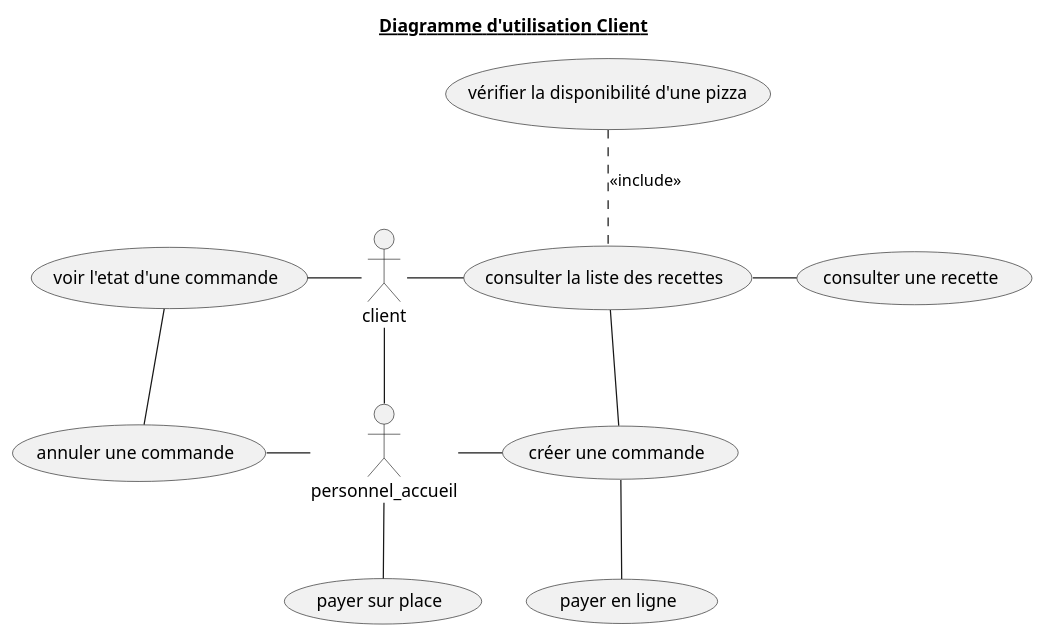
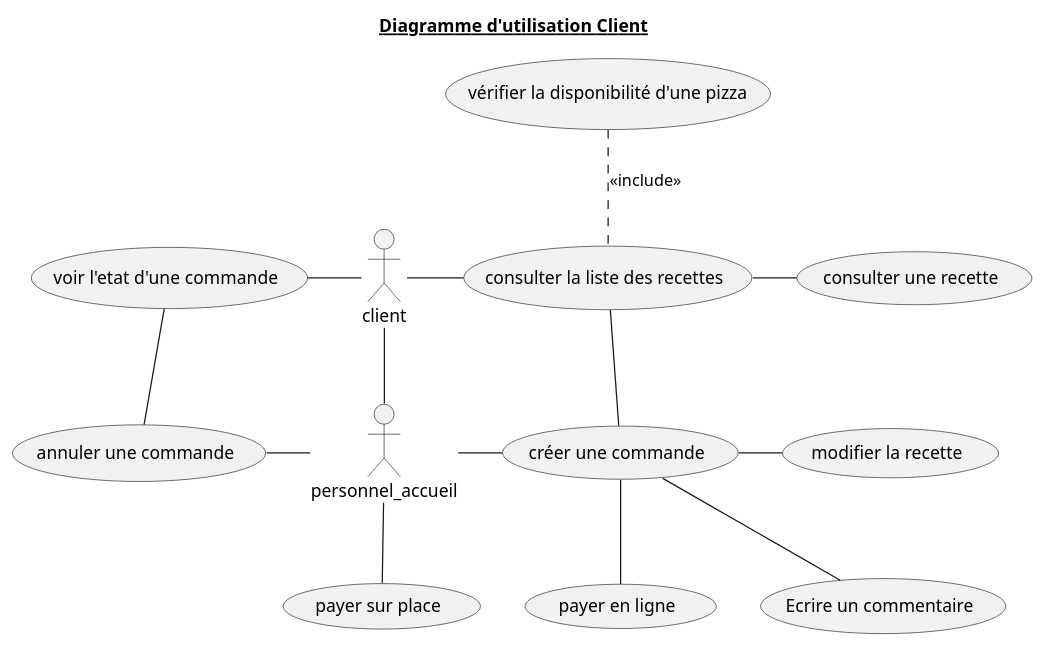
The diagram in doc/uml/2_Client_UseCaseDiagram.puml (Zepmanbc/oc_dapython_pr4), drawn with PlantUML before and after one commit. The commit also changed 24 other files, not shown here.

```diff
--- a/doc/uml/2_Client_UseCaseDiagram.puml
+++ b/doc/uml/2_Client_UseCaseDiagram.puml
@@ -1,36 +1,40 @@
 @startuml 2_Client_UseCaseDiagram
 
 title <u>Diagramme d'utilisation Client</u>
 actor client as CUSTOMER
 actor personnel_accueil as ACCUEIL
 
 'COMMANDES
     (créer une commande) AS CREATE_CMD
+    (modifier la recette) AS CUSTO_CMD
+    (Ecrire un commentaire) AS COMMENT_CMD
     (voir l'etat d'une commande) AS SHOW_STATE_CMD
     (payer en ligne) AS PAY_ONLINE_CMD
     (payer sur place) AS PAY_STORE_CMD
     (annuler une commande) AS CANCEL_CMD
 
 ' RECETTE
     (consulter la liste des recettes) AS LIST_RECIPE
     (consulter une recette) AS SHOW_RECIPE
     (vérifier la disponibilité d'une pizza) AS AVAIL_RECIPE
 
 ' INGREDIENTS
 
 CUSTOMER -r- LIST_RECIPE
 CUSTOMER -l- SHOW_STATE_CMD
 CUSTOMER -d- ACCUEIL
 CREATE_CMD -- PAY_ONLINE_CMD
 ACCUEIL -- PAY_STORE_CMD
 
 LIST_RECIPE .u. AVAIL_RECIPE : <<include>>
 LIST_RECIPE -- CREATE_CMD
 LIST_RECIPE -r- SHOW_RECIPE
 
 SHOW_STATE_CMD -- CANCEL_CMD
 
 ACCUEIL - CREATE_CMD
+CREATE_CMD - CUSTO_CMD
+CREATE_CMD -- COMMENT_CMD
 CANCEL_CMD - ACCUEIL
 
 @enduml
```
